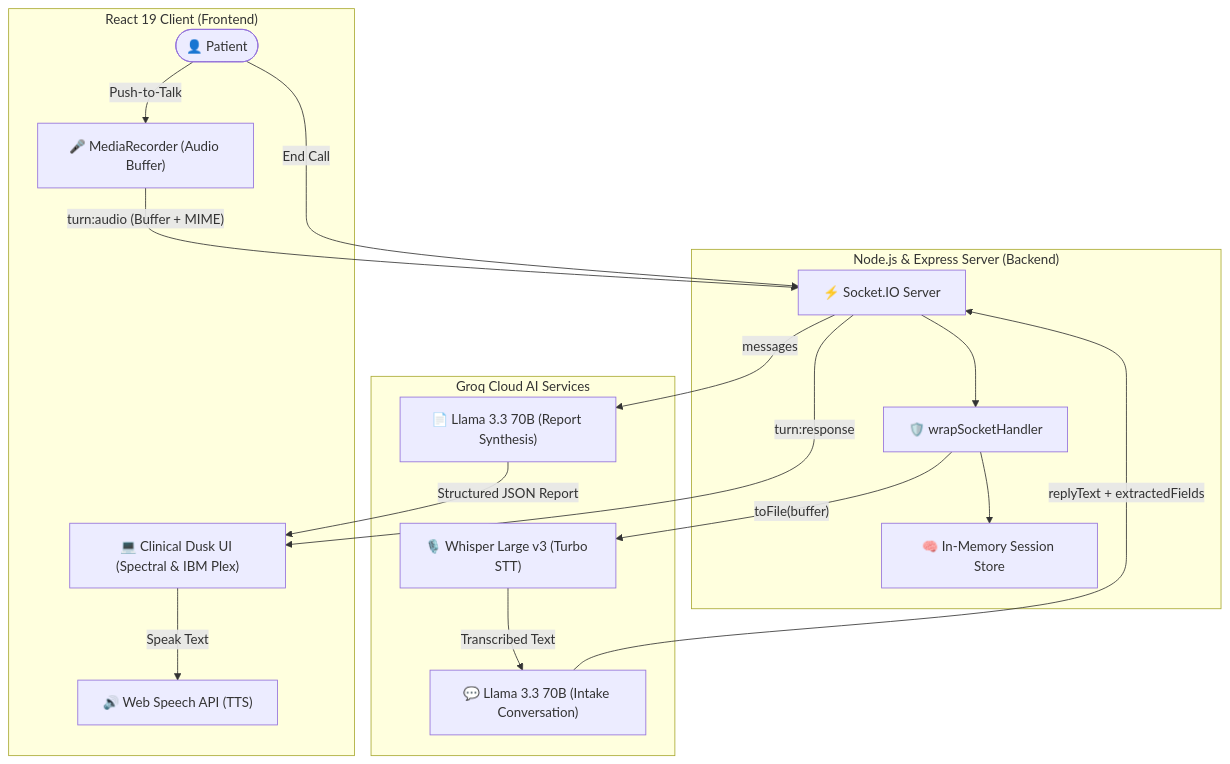
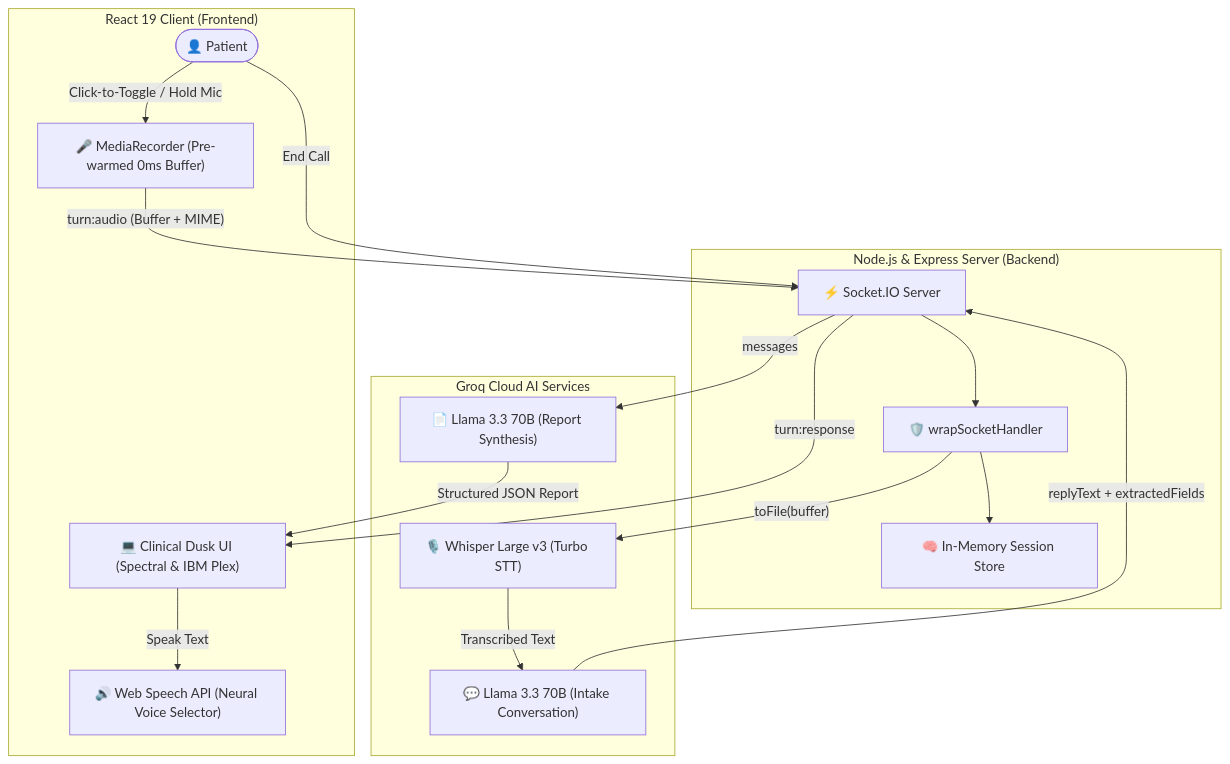
Before and after one commit to SahilSameer18/pulseVoice: the diagram in README.md, drawn with Mermaid. The commit also changed other lines of this file, not shown here.

Commit message:
docs: complete full README audit and update architecture details

````diff
--- a/README.md
+++ b/README.md
@@ -21,35 +21,35 @@
 ```mermaid
 flowchart TD
     subgraph Client["React 19 Client (Frontend)"]
         User(["👤 Patient"])
-        Mic["🎤 MediaRecorder (Audio Buffer)"]
-        TTS["🔊 Web Speech API (TTS)"]
+        Mic["🎤 MediaRecorder (Pre-warmed 0ms Buffer)"]
+        TTS["🔊 Web Speech API (Neural Voice Selector)"]
         UI["💻 Clinical Dusk UI (Spectral & IBM Plex)"]
     end
 
     subgraph Server["Node.js & Express Server (Backend)"]
         Socket["⚡ Socket.IO Server"]
         Session["🧠 In-Memory Session Store"]
         ErrorWrap["🛡️ wrapSocketHandler"]
     end
 
     subgraph GroqCloud["Groq Cloud AI Services"]
         Whisper["🎙️ Whisper Large v3 (Turbo STT)"]
         LlamaChat["💬 Llama 3.3 70B (Intake Conversation)"]
         LlamaReport["📄 Llama 3.3 70B (Report Synthesis)"]
     end
 
-    User -->|"Push-to-Talk"| Mic
+    User -->|"Click-to-Toggle / Hold Mic"| Mic
     Mic -->|"turn:audio (Buffer + MIME)"| Socket
     Socket --> ErrorWrap
     ErrorWrap --> Session
     ErrorWrap -->|"toFile(buffer)"| Whisper
     Whisper -->|"Transcribed Text"| LlamaChat
     LlamaChat -->|"replyText + extractedFields"| Socket
     Socket -->|"turn:response"| UI
     UI -->|"Speak Text"| TTS
     
     User -->|"End Call"| Socket
     Socket -->|"messages"| LlamaReport
     LlamaReport -->|"Structured JSON Report"| UI
 ```
````
